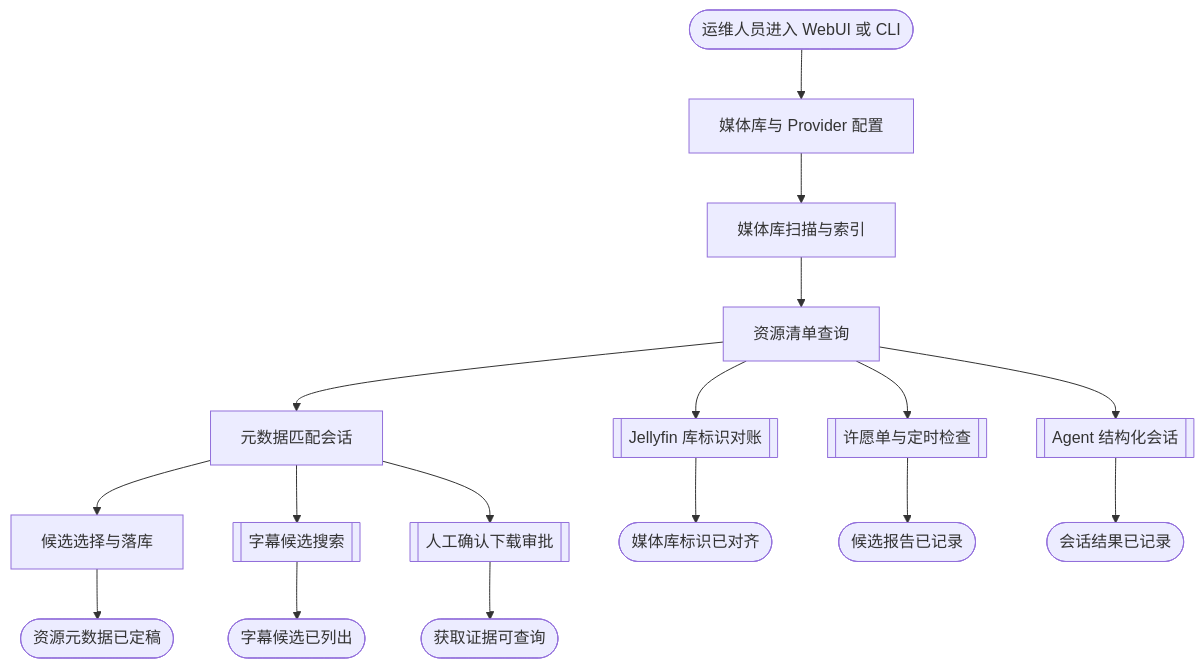
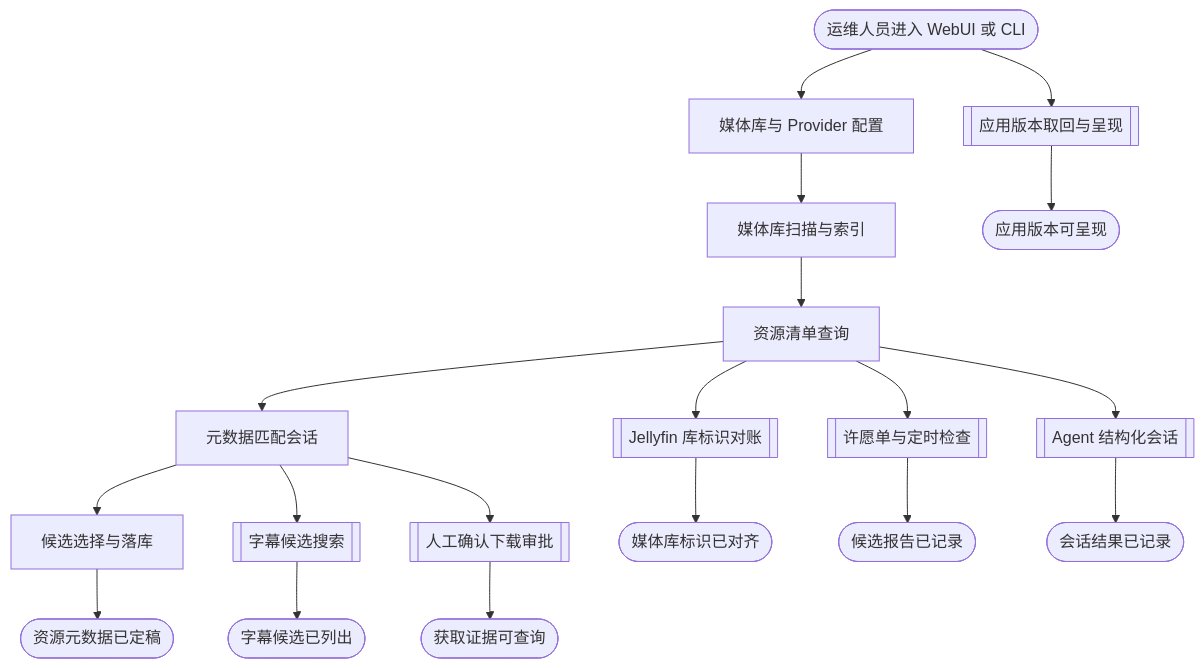
Before and after one commit to yunjies/knowledge-base: the first of 15 diagrams in assets/projects/home-media-pilot/feature-flow.md, drawn with Mermaid. The commit also changed other lines of this file and 2 other files, not shown here.

````diff
--- a/assets/projects/home-media-pilot/feature-flow.md
+++ b/assets/projects/home-media-pilot/feature-flow.md
@@ -7,19 +7,21 @@
 ```mermaid
 flowchart TD
     START(["运维人员进入 WebUI 或 CLI"]) --> CONFIG_LIBRARY["媒体库与 Provider 配置"]
+    START --> VERSION_REPORT[["应用版本取回与呈现"]]
+    VERSION_REPORT --> VERSION_DONE(["应用版本可呈现"])
     CONFIG_LIBRARY --> SCAN_LIBRARY["媒体库扫描与索引"]
     SCAN_LIBRARY --> LIST_RESOURCES["资源清单查询"]
     LIST_RESOURCES --> MATCH_METADATA["元数据匹配会话"]
     MATCH_METADATA --> SELECT_CANDIDATE["候选选择与落库"]
     SELECT_CANDIDATE --> METADATA_DONE(["资源元数据已定稿"])
     MATCH_METADATA --> SEARCH_SUBTITLES[["字幕候选搜索"]]
     SEARCH_SUBTITLES --> SUBTITLE_DONE(["字幕候选已列出"])
     LIST_RESOURCES --> SYNC_JELLYFIN[["Jellyfin 库标识对账"]]
     SYNC_JELLYFIN --> JELLYFIN_DONE(["媒体库标识已对齐"])
     MATCH_METADATA --> ACQUIRE[["人工确认下载审批"]]
     ACQUIRE --> ACQUIRE_DONE(["获取证据可查询"])
     LIST_RESOURCES --> WISHLIST_SCHEDULE[["许愿单与定时检查"]]
     WISHLIST_SCHEDULE --> WISHLIST_DONE(["候选报告已记录"])
     LIST_RESOURCES --> AGENT_SESSION[["Agent 结构化会话"]]
     AGENT_SESSION --> AGENT_DONE(["会话结果已记录"])
 ```
````
